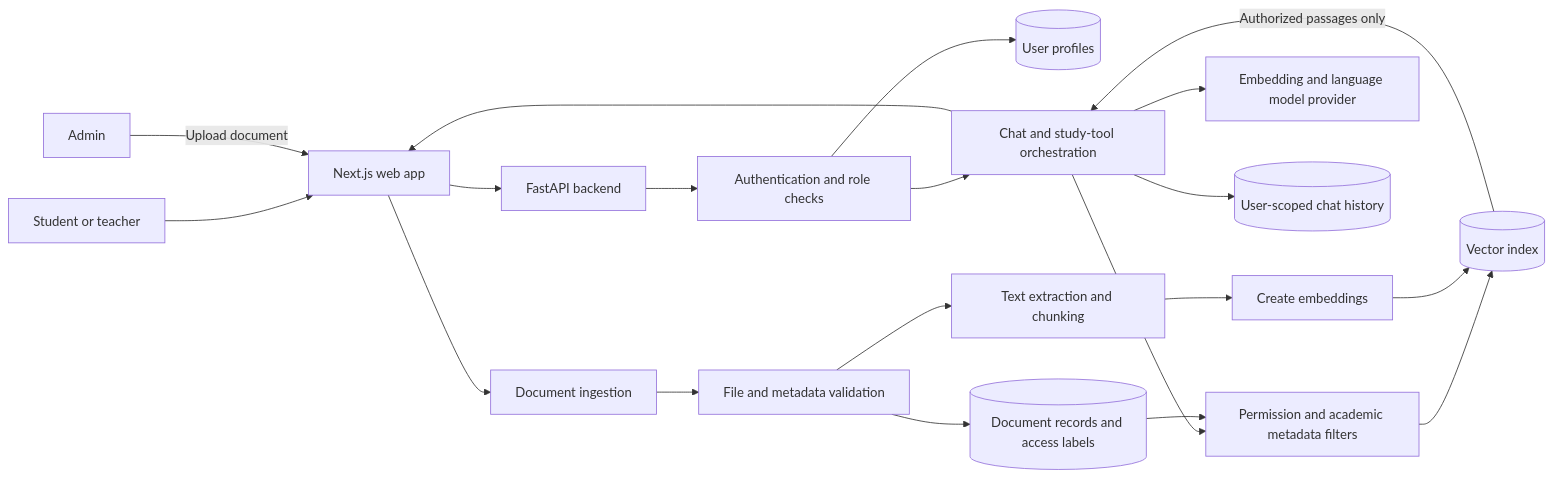
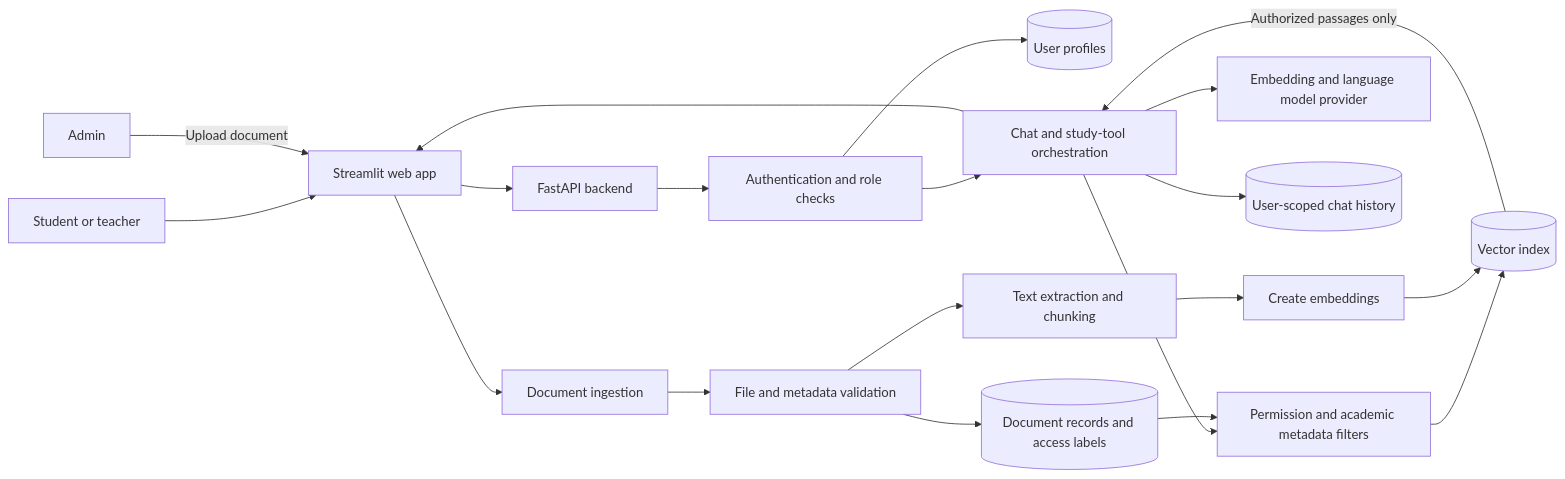
Before and after one commit to koushikikundu9/Role_based_personalised_chatbot: the diagram in documentation/MVP.md, drawn with Mermaid. The commit also changed other lines of this file, not shown here.

Commit message:
Update MVP architecture to use Streamlit for frontend

````diff
--- a/documentation/MVP.md
+++ b/documentation/MVP.md
@@ -130,24 +130,24 @@
 ```mermaid
 flowchart LR
-	User[Student or teacher] --> Web[Next.js web app]
+	User[Student or teacher] --> Web[Streamlit web app]
 	Web --> API[FastAPI backend]
 
 	API --> Auth[Authentication and role checks]
 	Auth --> Profile[(User profiles)]
 	Auth --> Chat[Chat and study-tool orchestration]
 	Chat --> Filter[Permission and academic metadata filters]
 	Filter --> Vector[(Vector index)]
 	Vector -->|Authorized passages only| Chat
 	Chat --> Model[Embedding and language model provider]
 	Chat --> History[(User-scoped chat history)]
 	Chat --> Web
 
 	Admin[Admin] -->|Upload document| Web
 	Web --> Ingest[Document ingestion]
 	Ingest --> Validate[File and metadata validation]
 	Validate --> Extract[Text extraction and chunking]
 	Extract --> Embed[Create embeddings]
 	Embed --> Vector
 	Validate --> Records[(Document records and access labels)]
 	Records --> Filter
 ```
````
